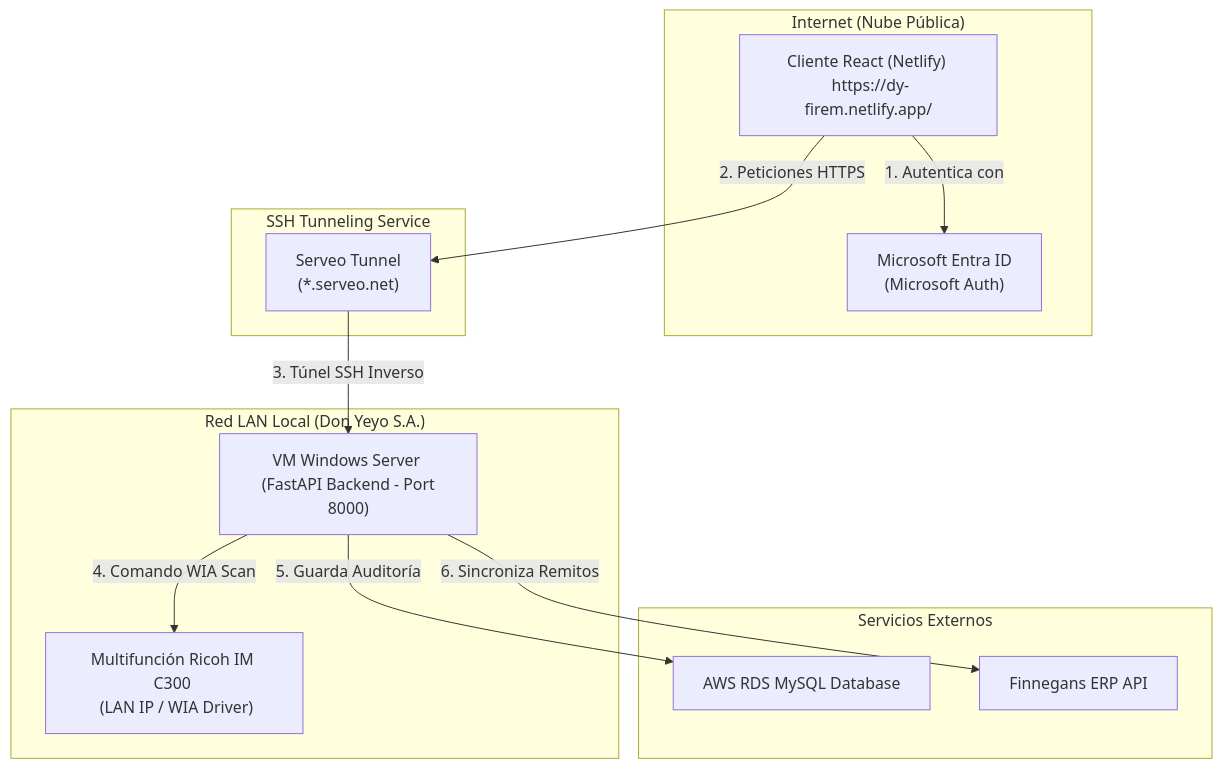
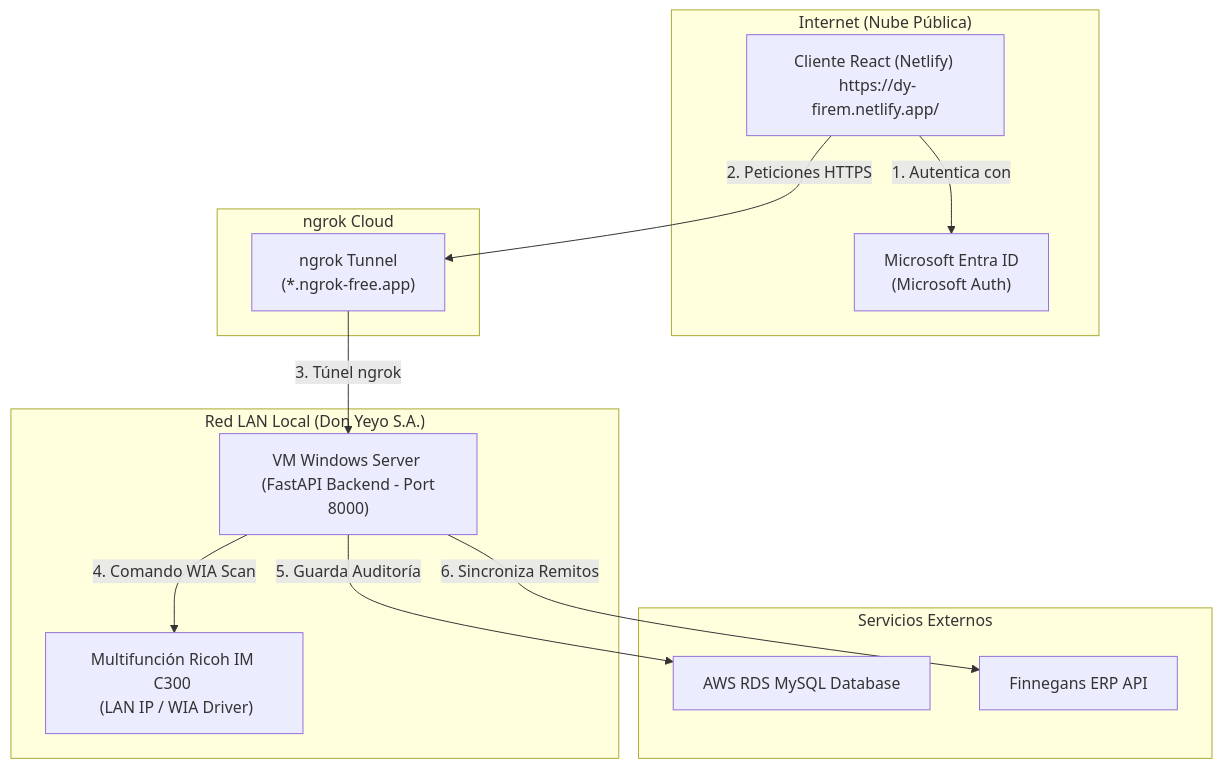
Before and after one commit to don-yeyo/dy_firma_remitos: the first of 2 diagrams in README.md, drawn with Mermaid. The commit also changed other lines of this file and 4 other files, not shown here.

````diff
--- a/README.md
+++ b/README.md
@@ -99,25 +99,25 @@
 ```mermaid
 graph TD
     subgraph Internet ["Internet (Nube Pública)"]
         A["Cliente React (Netlify) <br> https://dy-firem.netlify.app/"]
         AAD["Microsoft Entra ID <br> (Microsoft Auth)"]
     end
-    subgraph Serveo ["SSH Tunneling Service"]
-        ST["Serveo Tunnel <br> (*.serveo.net)"]
+    subgraph NgrokCloud ["ngrok Cloud"]
+        NG["ngrok Tunnel <br> (*.ngrok-free.app)"]
     end
     subgraph Corporativo ["Red LAN Local (Don Yeyo S.A.)"]
         VM["VM Windows Server <br> (FastAPI Backend - Port 8000)"]
         R["Multifunción Ricoh IM C300 <br> (LAN IP / WIA Driver)"]
     end
     subgraph NubeTerceros ["Servicios Externos"]
         DB["AWS RDS MySQL Database"]
         ERP["Finnegans ERP API"]
     end
 
     A -->|1. Autentica con| AAD
-    A -->|2. Peticiones HTTPS| ST
-    ST -->|3. Túnel SSH Inverso| VM
+    A -->|2. Peticiones HTTPS| NG
+    NG -->|3. Túnel ngrok| VM
     VM -->|4. Comando WIA Scan| R
     VM -->|5. Guarda Auditoría| DB
     VM -->|6. Sincroniza Remitos| ERP
 ```
````
